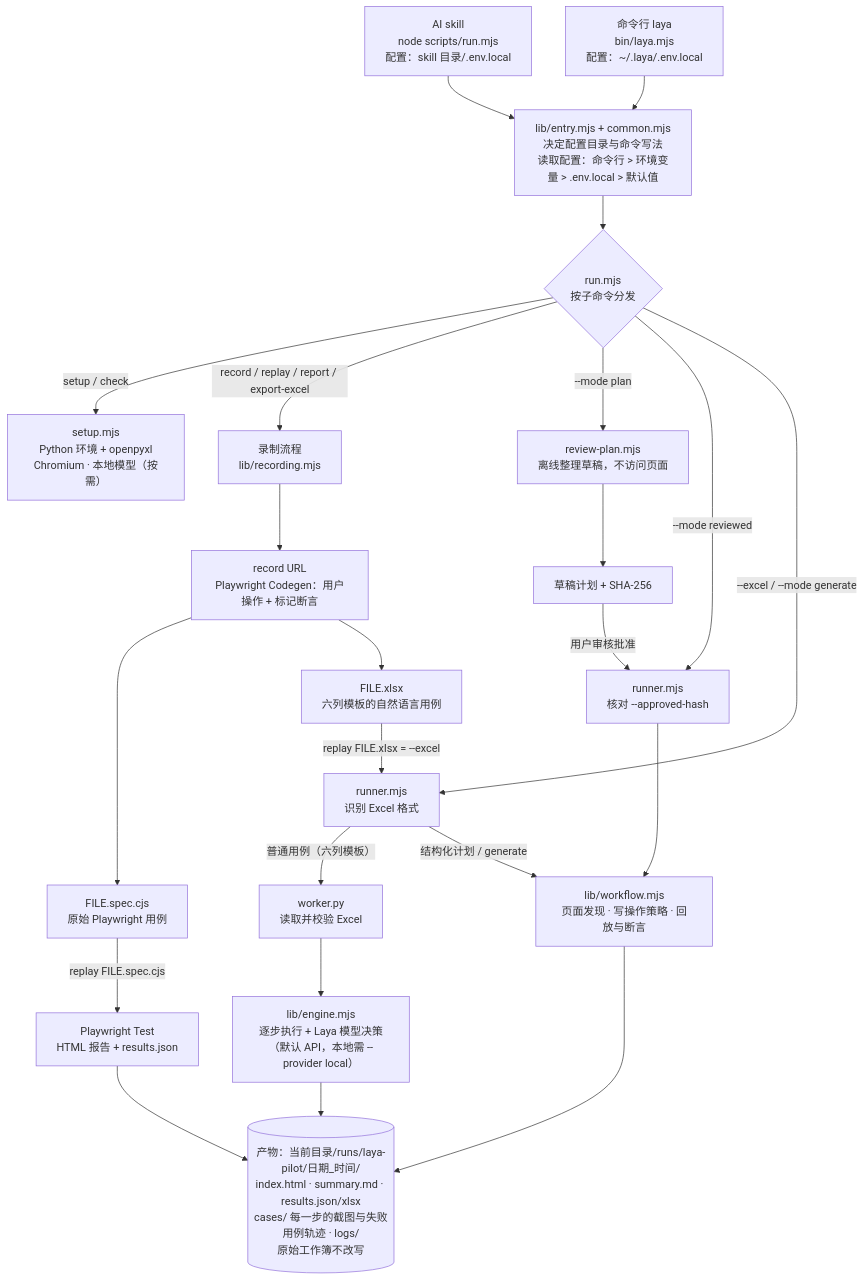
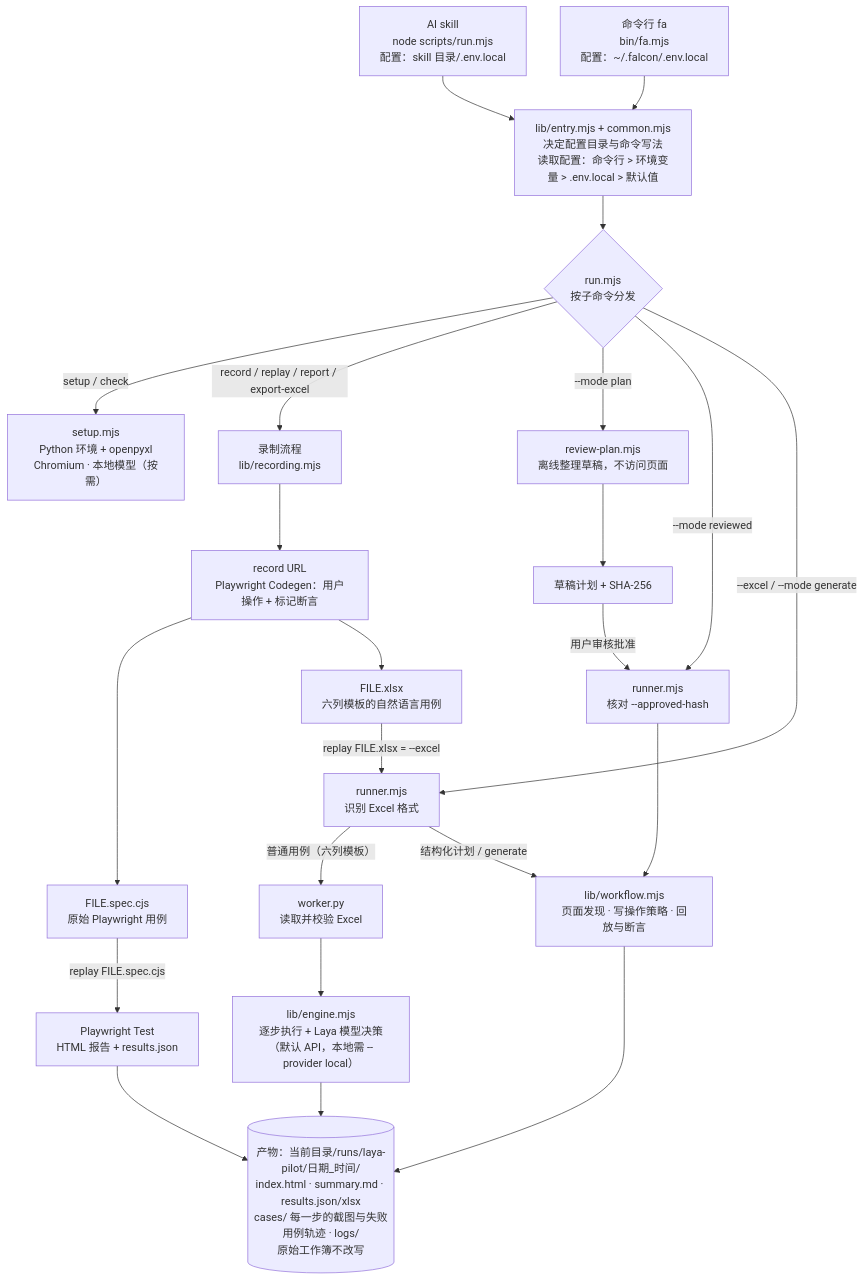
Before and after one commit to anthonyli/laya-pilot: the diagram in docs/workflow.md, drawn with Mermaid. The commit also changed other lines of this file and 26 other files, not shown here.

Commit message:
feat(cli)!: 将命令改为 fa 并使用 ~/.falcon（v0.2.4）

````diff
--- a/docs/workflow.md
+++ b/docs/workflow.md
@@ -7,34 +7,34 @@
 ```mermaid
 flowchart TD
     skill["AI skill<br/>node scripts/run.mjs<br/>配置：skill 目录/.env.local"]
-    cli["命令行 laya<br/>bin/laya.mjs<br/>配置：~/.laya/.env.local"]
+    cli["命令行 fa<br/>bin/fa.mjs<br/>配置：~/.falcon/.env.local"]
     skill --> entry
     cli --> entry
     entry["lib/entry.mjs + common.mjs<br/>决定配置目录与命令写法<br/>读取配置：命令行 > 环境变量 > .env.local > 默认值"]
     entry --> dispatch{"run.mjs<br/>按子命令分发"}
 
     dispatch -->|"setup / check"| setup["setup.mjs<br/>Python 环境 + openpyxl<br/>Chromium · 本地模型（按需）"]
     dispatch -->|"record / replay / report / export-excel"| rec["录制流程<br/>lib/recording.mjs"]
     dispatch -->|"--mode plan"| plan["review-plan.mjs<br/>离线整理草稿，不访问页面"]
     dispatch -->|"--mode reviewed"| reviewed["runner.mjs<br/>核对 --approved-hash"]
     dispatch -->|"--excel / --mode generate"| runner["runner.mjs<br/>识别 Excel 格式"]
 
     plan --> draft["草稿计划 + SHA-256"]
     draft -->|"用户审核批准"| reviewed
     reviewed --> workflow
 
     runner -->|"普通用例（六列模板）"| worker["worker.py<br/>读取并校验 Excel"]
     runner -->|"结构化计划 / generate"| workflow["lib/workflow.mjs<br/>页面发现 · 写操作策略 · 回放与断言"]
     worker --> engine["lib/engine.mjs<br/>逐步执行 + Laya 模型决策<br/>（默认 API，本地需 --provider local）"]
 
     rec --> codegen["record URL<br/>Playwright Codegen：用户操作 + 标记断言"]
     codegen --> spec["FILE.spec.cjs<br/>原始 Playwright 用例"]
     codegen --> xlsx["FILE.xlsx<br/>六列模板的自然语言用例"]
     xlsx -->|"replay FILE.xlsx = --excel"| runner
     spec -->|"replay FILE.spec.cjs"| pwtest["Playwright Test<br/>HTML 报告 + results.json"]
 
     engine --> out
     workflow --> out
     pwtest --> out
     out[("产物：当前目录/runs/laya-pilot/日期_时间/<br/>index.html · summary.md · results.json/xlsx<br/>cases/ 每一步的截图与失败用例轨迹 · logs/<br/>原始工作簿不改写")]
 ```
````
